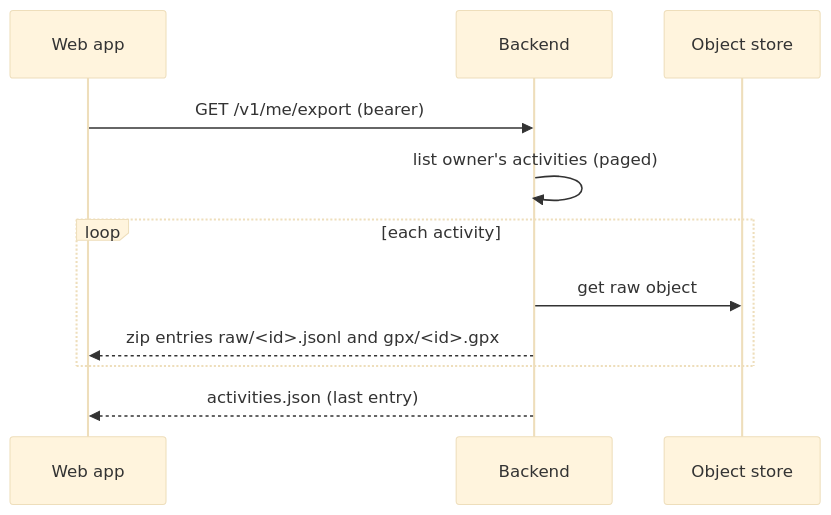
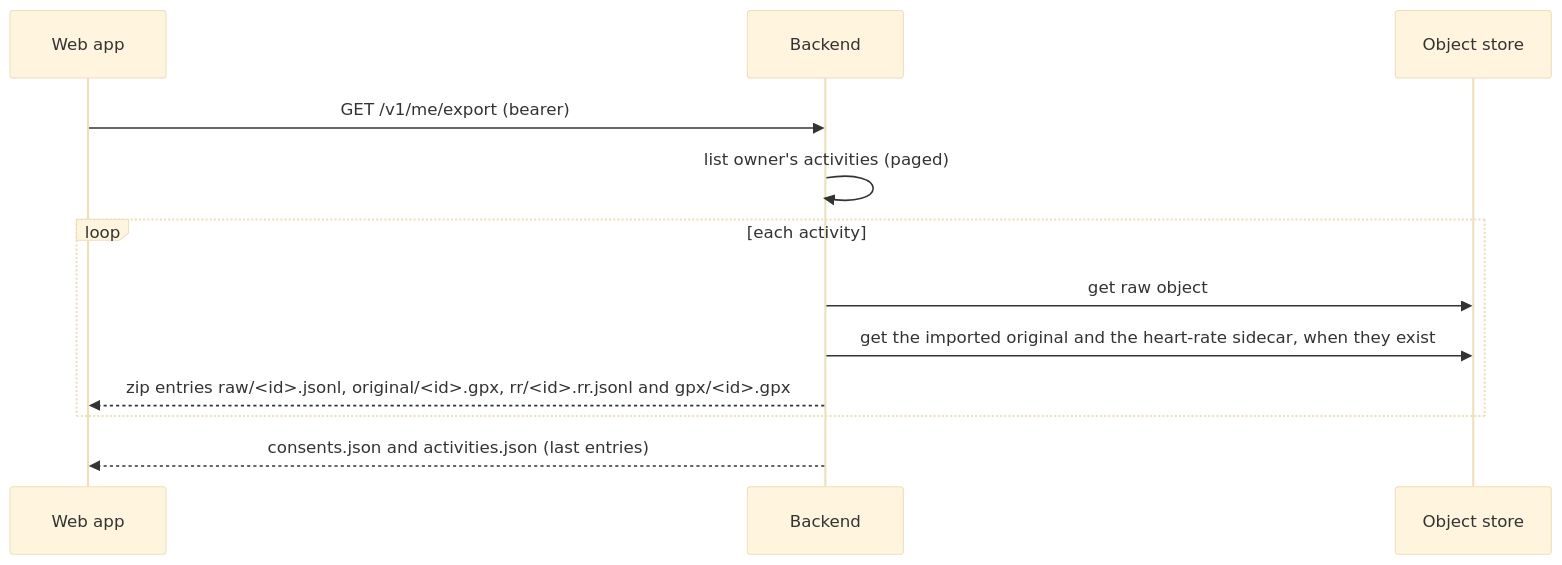
One commit to AlessioBrillo/averyn changed the diagram in docs/design/TDD-0004-data-deletion-and-export.md. Above: the diagram before and after it, drawn with Mermaid (base theme). The commit also changed other lines of this file and 64 other files, not shown here.

````diff
--- a/docs/design/TDD-0004-data-deletion-and-export.md
+++ b/docs/design/TDD-0004-data-deletion-and-export.md
@@ -61,13 +62,14 @@
 ```mermaid
 sequenceDiagram
     participant W as Web app
     participant B as Backend
     participant S as Object store
     W->>B: GET /v1/me/export (bearer)
     B->>B: list owner's activities (paged)
     loop each activity
         B->>S: get raw object
-        B-->>W: zip entries raw/<id>.jsonl and gpx/<id>.gpx
+        B->>S: get the imported original and the heart-rate sidecar, when they exist
+        B-->>W: zip entries raw/<id>.jsonl, original/<id>.gpx, rr/<id>.rr.jsonl and gpx/<id>.gpx
     end
-    B-->>W: activities.json (last entry)
+    B-->>W: consents.json and activities.json (last entries)
 ```
````
